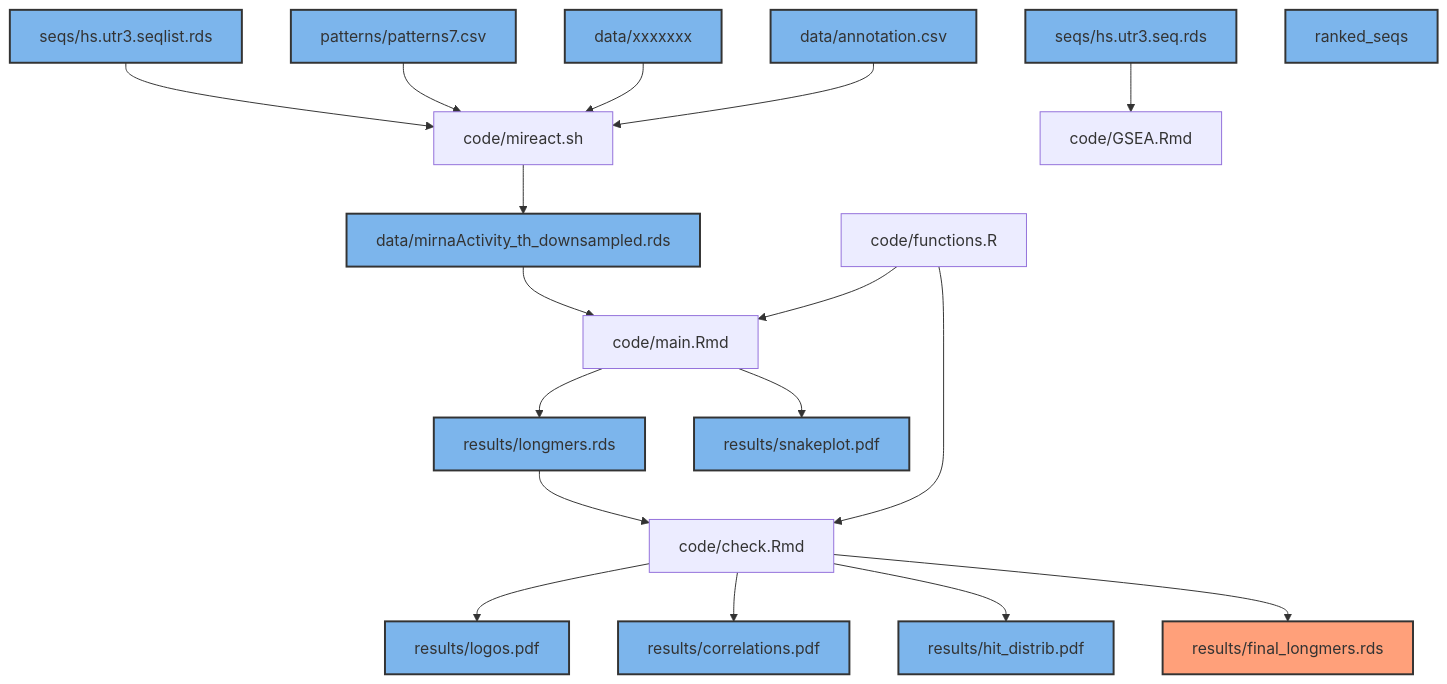
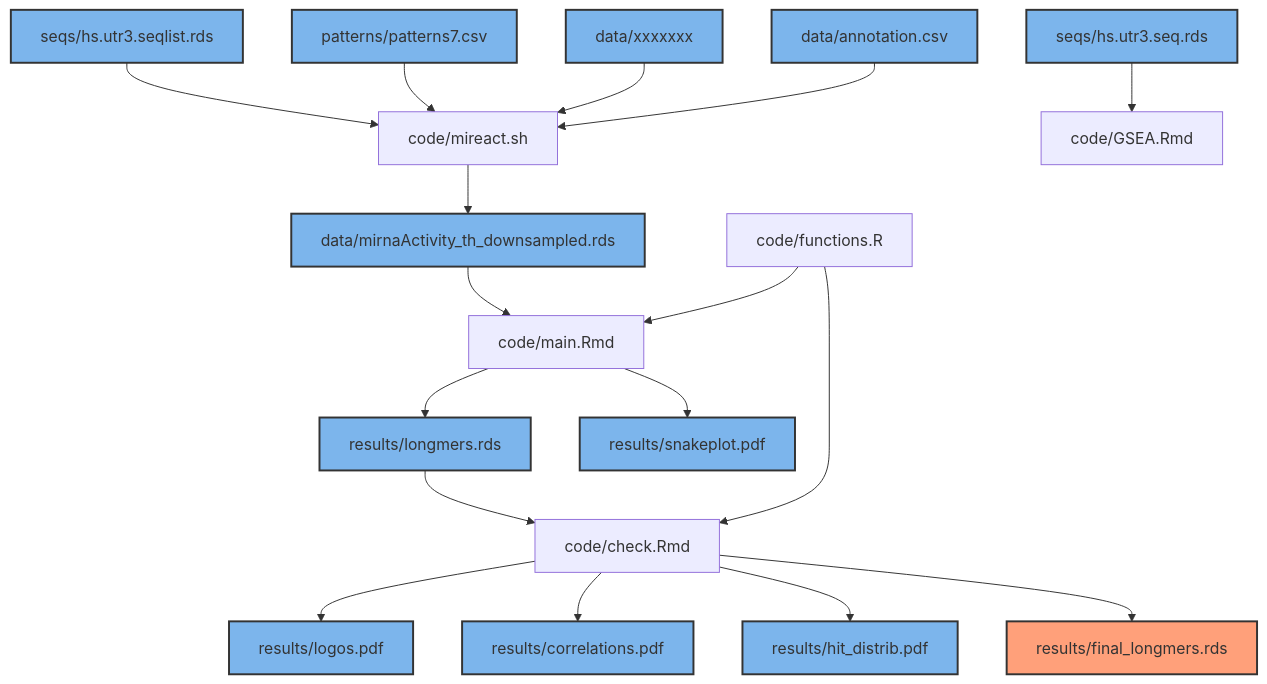
Before and after one commit to PaulaRodrigoMartin/SMLB: the diagram in README.md, drawn with Mermaid.

````diff
--- a/README.md
+++ b/README.md
@@ -1,54 +1,53 @@
 ```mermaid
 graph TD;
     seqlist[seqs/hs.utr3.seqlist.rds]
     seqs[seqs/hs.utr3.seq.rds]
     mireact_input[data/xxxxxxx]
     miReact_output[data/mirnaActivity_th_downsampled.rds]
     7mers[patterns/patterns7.csv]
     annotation[data/annotation.csv]
     miReact[code/mireact.sh]
     functions[code/functions.R]
     main_notebook[code/main.Rmd]
     check_notebook[code/check.Rmd]
     GSEA[code/GSEA.Rmd]
     logos[results/logos.pdf]
     corrm[results/correlations.pdf]
     distrib[results/hit_distrib.pdf]
     snakeplot[results/snakeplot.pdf]
     longmers[results/longmers.rds]
     finallongmers[results/final_longmers.rds]
     
 
     style seqlist fill:#7cb5ec,stroke:#333,stroke-width:2px;
     style miReact_output fill:#7cb5ec,stroke:#333,stroke-width:2px;
     style 7mers fill:#7cb5ec,stroke:#333,stroke-width:2px;
     style mireact_input fill:#7cb5ec,stroke:#333,stroke-width:2px;
     style seqs fill:#7cb5ec,stroke:#333,stroke-width:2px;
     style annotation fill:#7cb5ec,stroke:#333,stroke-width:2px;
     style logos fill:#7cb5ec,stroke:#333,stroke-width:2px;
     style corrm fill:#7cb5ec,stroke:#333,stroke-width:2px;
     style distrib fill:#7cb5ec,stroke:#333,stroke-width:2px;
-    style ranked_seqs fill:#7cb5ec,stroke:#333,stroke-width:2px;
     style snakeplot fill:#7cb5ec,stroke:#333,stroke-width:2px;
     style longmers fill:#7cb5ec,stroke:#333,stroke-width:2px;
     style finallongmers fill:#FFA07A,stroke:#333,stroke-width:2px;
 
 
     seqlist-->miReact
     7mers-->miReact
     mireact_input-->miReact
     annotation-->miReact
     miReact-->miReact_output
     functions-->main_notebook
     functions-->check_notebook
     main_notebook-->longmers
     longmers-->check_notebook
     check_notebook-->logos
     check_notebook-->corrm
     check_notebook-->distrib
     check_notebook-->finallongmers
     seqs-->GSEA
     main_notebook--> snakeplot
     miReact_output-->main_notebook
 
 ```
````
